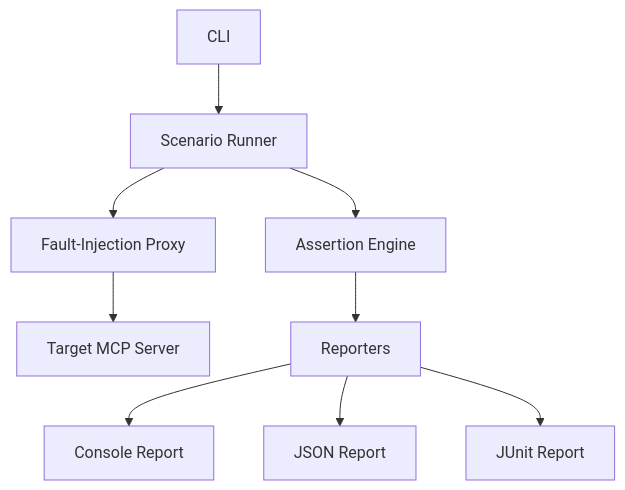
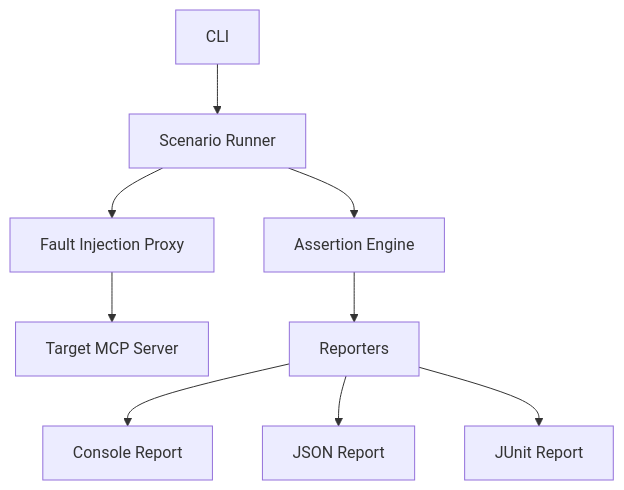
The second of 2 diagrams in README.md (anilloutombam/mcp-failure-lab), drawn with Mermaid before and after one commit. The commit also changed other lines of this file, not shown here.

Commit message:
docs: simplify Mermaid diagrams for GitHub

````diff
--- a/README.md
+++ b/README.md
@@ -77,19 +70,11 @@
 ```mermaid
-flowchart TD
-    C["CLI"]
-    R["Scenario Runner"]
-    F["Fault-Injection Proxy"]
-    M["Target MCP Server"]
-    A["Assertion Engine"]
-    O["Reporters"]
-
-    C --> R
-    R --> F
-    F --> M
-    R --> A
-    A --> O
-
-    O --> Console["Console Report"]
-    O --> JSON["JSON Report"]
-    O --> JUnit["JUnit Report"]
+graph TD
+    CLI[CLI] --> Runner[Scenario Runner]
+    Runner --> Proxy[Fault Injection Proxy]
+    Proxy --> Target[Target MCP Server]
+    Runner --> Assertions[Assertion Engine]
+    Assertions --> Reporters[Reporters]
+    Reporters --> ConsoleReport[Console Report]
+    Reporters --> JsonReport[JSON Report]
+    Reporters --> JunitReport[JUnit Report]
 ```
````
